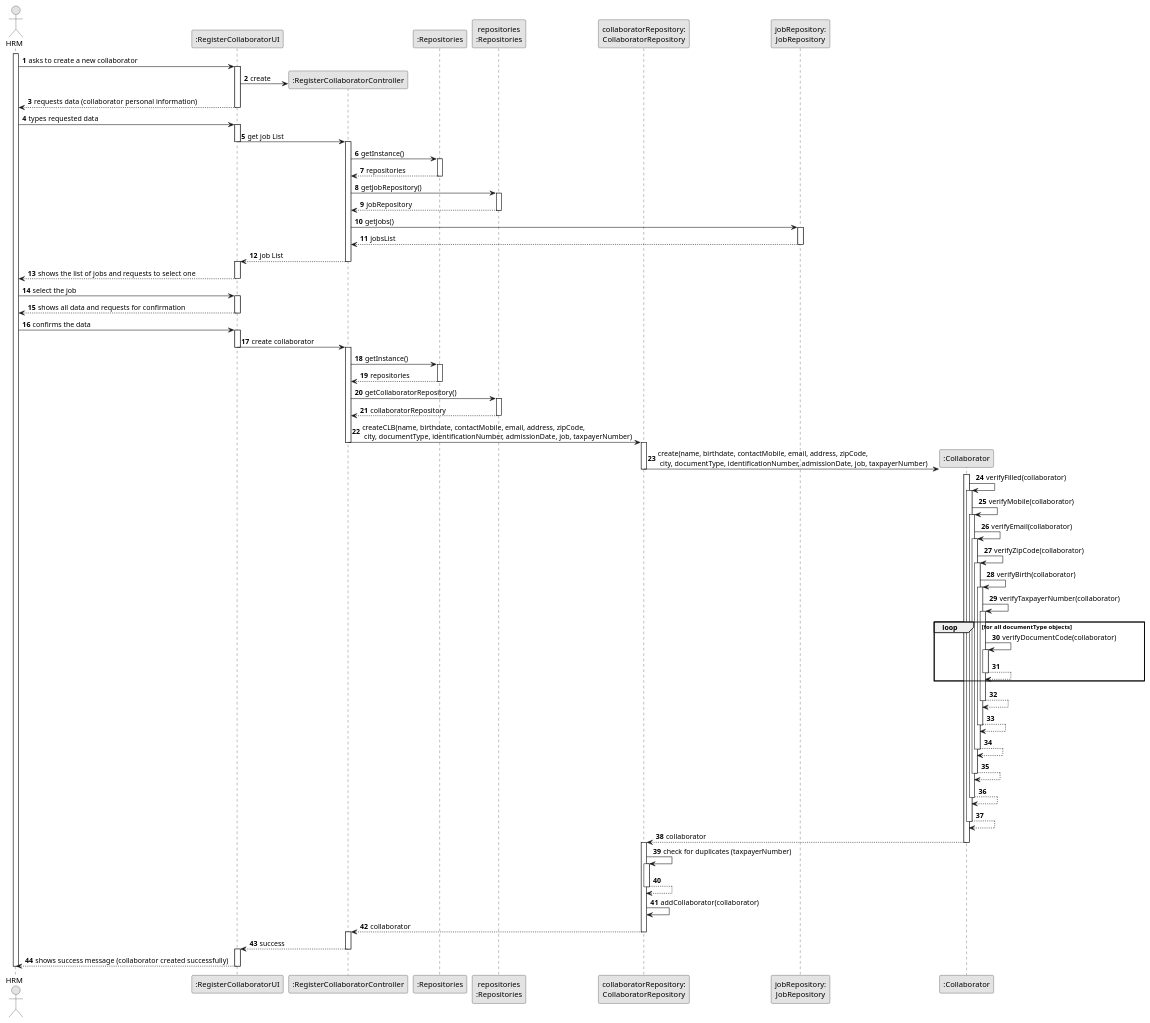
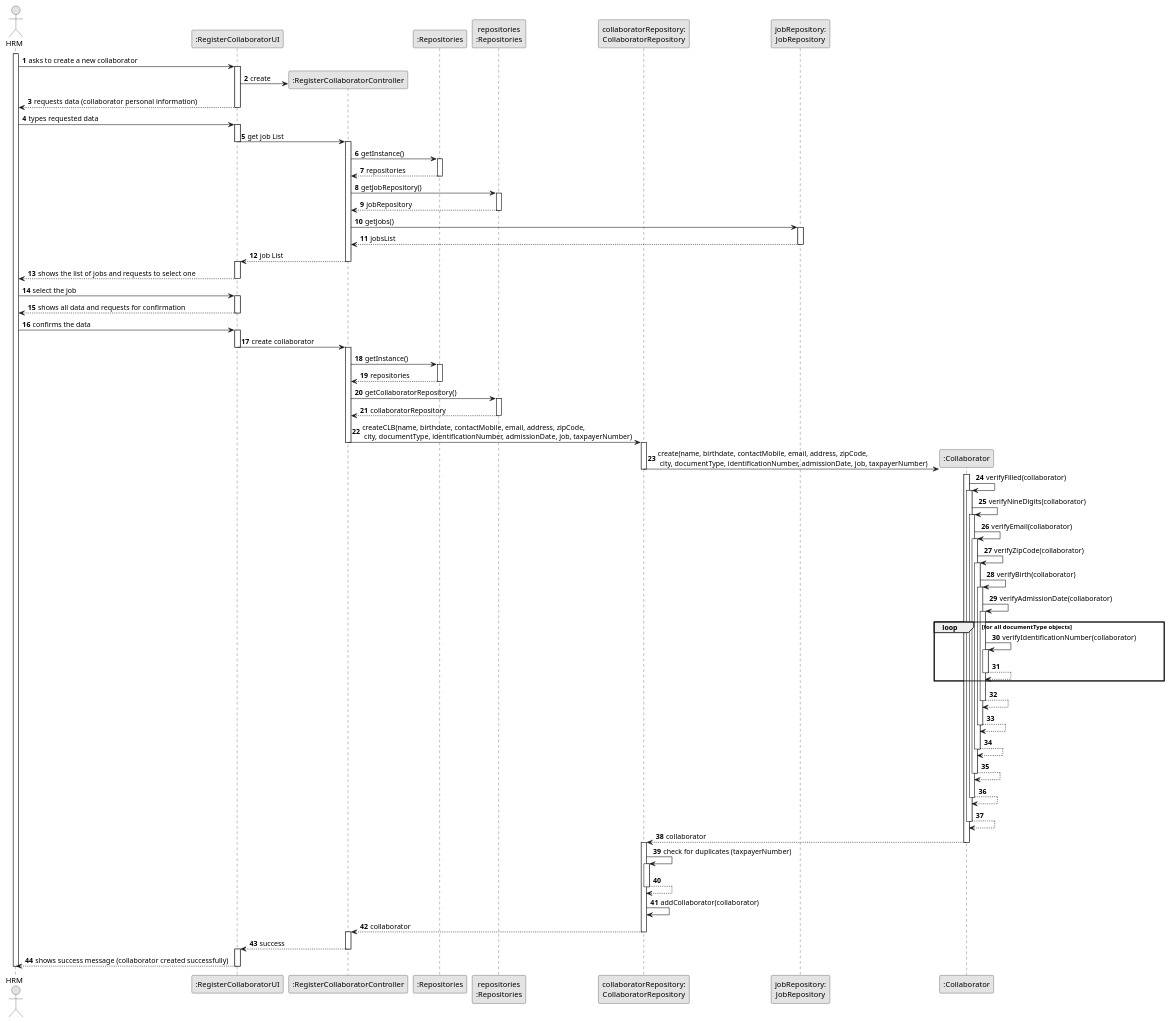
One commit to ricardomm7/leaflink changed the diagram in docs/sprintB/us003/03.design/puml/us003-sequence-diagram-full.puml. Above: the diagram before and after it, drawn with PlantUML. The commit also changed 3 other files, not shown here.

```diff
--- a/docs/sprintB/us003/03.design/puml/us003-sequence-diagram-full.puml
+++ b/docs/sprintB/us003/03.design/puml/us003-sequence-diagram-full.puml
@@ -1,140 +1,142 @@
 @startuml
 skinparam monochrome true
 skinparam packageStyle rectangle
 skinparam shadowing false
 
 autonumber
 
 actor "HRM" as HRM
 participant ":RegisterCollaboratorUI" as UI
 participant ":RegisterCollaboratorController" as CTRL
 participant ":Repositories" as GlobRepo
 participant "repositories\n:Repositories" as PLAT
 participant "collaboratorRepository:\nCollaboratorRepository" as CLBREP
 participant "jobRepository:\nJobRepository" as jobRepository
 participant ":Collaborator" as CLB
 
 
 activate HRM
 
 HRM -> UI : asks to create a new collaborator
 activate UI
 
 UI -> CTRL** : create
 
 UI --> HRM : requests data (collaborator personal information)
 deactivate UI
 
 HRM -> UI : types requested data
 activate UI
 
 UI -> CTRL: get job List
 deactivate UI
 
 activate CTRL
 CTRL -> GlobRepo : getInstance()
 activate GlobRepo
 GlobRepo --> CTRL : repositories
 deactivate GlobRepo
 CTRL -> PLAT : getJobRepository()
 activate PLAT
 PLAT -->  CTRL: jobRepository
 deactivate PLAT
 CTRL -> jobRepository : getJobs()
 activate jobRepository
 jobRepository --> CTRL : jobsList
 deactivate jobRepository
 CTRL -->UI : job List
 deactivate CTRL
 activate UI
 
 UI --> HRM : shows the list of jobs and requests to select one
 deactivate UI
 
 
 HRM -> UI : select the job
 activate UI
 
 UI --> HRM: shows all data and requests for confirmation
 deactivate UI
 
 HRM -> UI: confirms the data
 activate UI
 
 UI -> CTRL : create collaborator
 
 deactivate UI
 activate CTRL
 
 CTRL -> GlobRepo : getInstance()
 activate GlobRepo
 GlobRepo --> CTRL : repositories
 deactivate GlobRepo
 CTRL -> PLAT : getCollaboratorRepository()
 activate PLAT
 PLAT -->  CTRL: collaboratorRepository
 deactivate PLAT
 
 CTRL -> CLBREP : createCLB(name, birthdate, contactMobile, email, address, zipCode,\n city, documentType, identificationNumber, admissionDate, job, taxpayerNumber)
 deactivate CTRL
 
 activate CLBREP
 CLBREP->CLB** : create(name, birthdate, contactMobile, email, address, zipCode,\n city, documentType, identificationNumber, admissionDate, job, taxpayerNumber)
 deactivate CLBREP
 activate CLB
 CLB -> CLB : verifyFilled(collaborator)
 activate CLB
-CLB -> CLB : verifyMobile(collaborator)
+CLB -> CLB : verifyNineDigits(collaborator)
 activate CLB
 CLB -> CLB : verifyEmail(collaborator)
 activate CLB
 CLB -> CLB : verifyZipCode(collaborator)
 activate CLB
 CLB -> CLB : verifyBirth(collaborator)
 activate CLB
-CLB -> CLB : verifyTaxpayerNumber(collaborator)
+CLB -> CLB : verifyAdmissionDate(collaborator)
 activate CLB
 
 loop for all documentType objects
-CLB -> CLB : verifyDocumentCode(collaborator)
+CLB -> CLB : verifyIdentificationNumber(collaborator)
 activate CLB
 CLB --> CLB
 deactivate CLB
 end loop
 
 CLB --> CLB
 deactivate CLB
 CLB --> CLB
 deactivate CLB
 CLB --> CLB
 deactivate CLB
 CLB --> CLB
 deactivate CLB
 CLB --> CLB
 deactivate CLB
 CLB --> CLB
 deactivate CLB
+
+
 
 CLB -->CLBREP : collaborator
 deactivate CLB
 activate CLBREP
 
 CLBREP -> CLBREP : check for duplicates (taxpayerNumber)
 activate CLBREP
 CLBREP --> CLBREP
 deactivate CLBREP
 
 CLBREP -> CLBREP: addCollaborator(collaborator)
 CLBREP --> CTRL : collaborator
 deactivate CLBREP
 activate CTRL
 
 
 
 CTRL --> UI : success
 deactivate CTRL
 activate UI
 UI --> HRM : shows success message (collaborator created successfully)
 deactivate UI
 deactivate HRM
 @enduml
```
